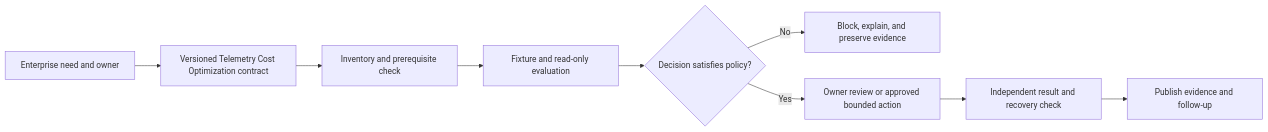
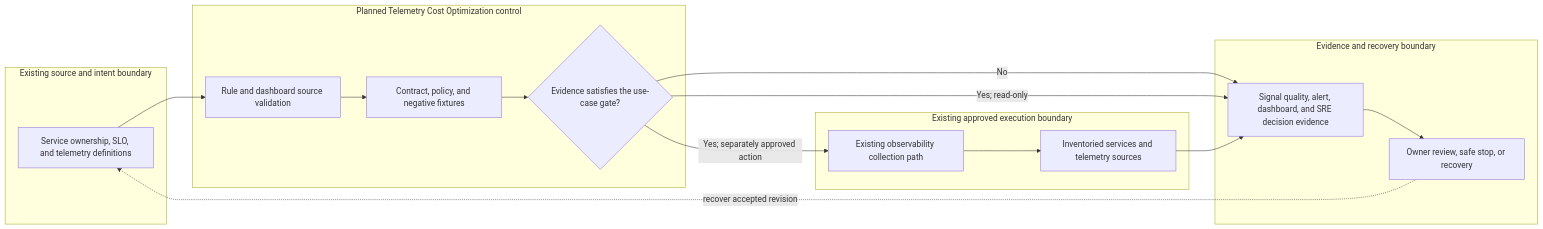
One commit to MIDHTECH/enterprise-architecture-docs changed the diagram in docs/use-cases/observability/UC-OBS-011-telemetry-cost-optimization.md. Above: the diagram before and after it, drawn with Mermaid. The commit also changed other lines of this file and 227 other files, not shown here.

Commit message:
Deepen architecture for all use case designs

````diff
--- a/docs/use-cases/observability/UC-OBS-011-telemetry-cost-optimization.md
+++ b/docs/use-cases/observability/UC-OBS-011-telemetry-cost-optimization.md
@@ -136,11 +129,25 @@
 ```mermaid
 flowchart LR
-    Need["Enterprise need and owner"] --> Contract["Versioned Telemetry Cost Optimization contract"]
-    Contract --> Preflight["Inventory and prerequisite check"]
-    Preflight --> Evaluate["Fixture and read-only evaluation"]
-    Evaluate --> Decision{"Decision satisfies policy?"}
-    Decision -->|No| Stop["Block, explain, and preserve evidence"]
-    Decision -->|Yes| Review["Owner review or approved bounded action"]
-    Review --> Verify["Independent result and recovery check"]
-    Verify --> Publish["Publish evidence and follow-up"]
+    subgraph Source["Existing source and intent boundary"]
+        A["Service ownership, SLO, and telemetry definitions"]
+    end
+    subgraph Planned["Planned Telemetry Cost Optimization control"]
+        B["Rule and dashboard source validation"]
+        C["Contract, policy, and negative fixtures"]
+        D{"Evidence satisfies the use-case gate?"}
+    end
+    subgraph Runtime["Existing approved execution boundary"]
+        E["Existing observability collection path"]
+        F["Inventoried services and telemetry sources"]
+    end
+    subgraph Assurance["Evidence and recovery boundary"]
+        G["Signal quality, alert, dashboard, and SRE decision evidence"]
+        H["Owner review, safe stop, or recovery"]
+    end
+
+    A --> B --> C --> D
+    D -->|No| G --> H
+    D -->|Yes; read-only| G
+    D -->|Yes; separately approved action| E --> F --> G
+    H -. recover accepted revision .-> A
 ```
````
